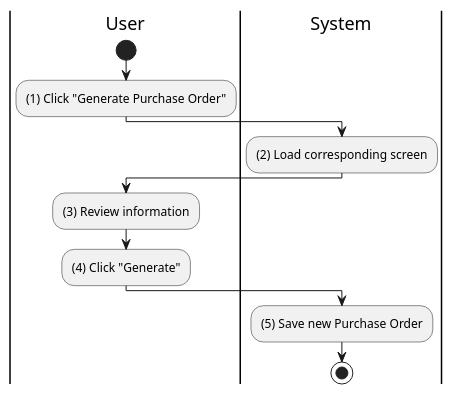
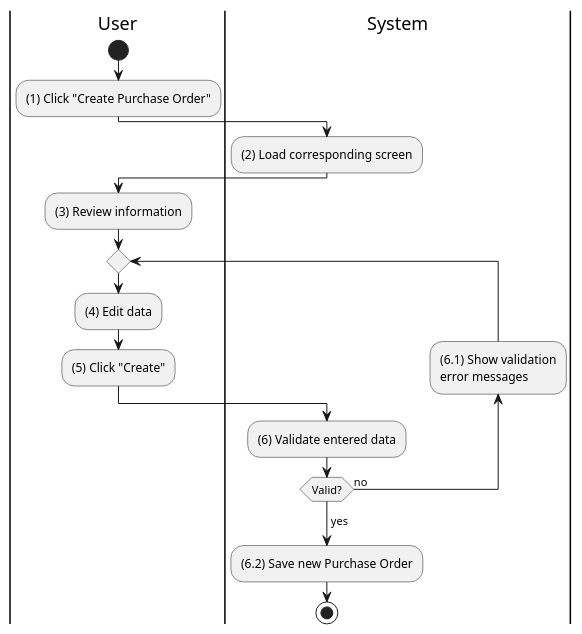
One commit to phihungha/scmss-reqs changed the diagram in activities/purchase-order-create.plantuml. Above: the diagram before and after it, drawn with PlantUML. The commit also changed 1 other file, not shown here.

Commit message:
Allow edit of purchase order before creation

```diff
--- a/activities/purchase-order-create.plantuml
+++ b/activities/purchase-order-create.plantuml
@@ -1,19 +1,26 @@
 @startuml purchase-order-create
 |u|User
 |s|System
 
 |u|
 start
-:(1) Click "Generate Purchase Order";
+:(1) Click "Create Purchase Order";
 
 |s|
 :(2) Load corresponding screen;
 
 |u|
 :(3) Review information;
-:(4) Click "Generate";
+repeat
+    :(4) Edit data;
+    :(5) Click "Create";
 
-|s|
-:(5) Save new Purchase Order;
+    |s|
+    :(6) Validate entered data;
+    backward:(6.1) Show validation
+    error messages;
+repeat while (Valid?) is (no)
+->yes;
+:(6.2) Save new Purchase Order;
 stop
 @enduml
```
